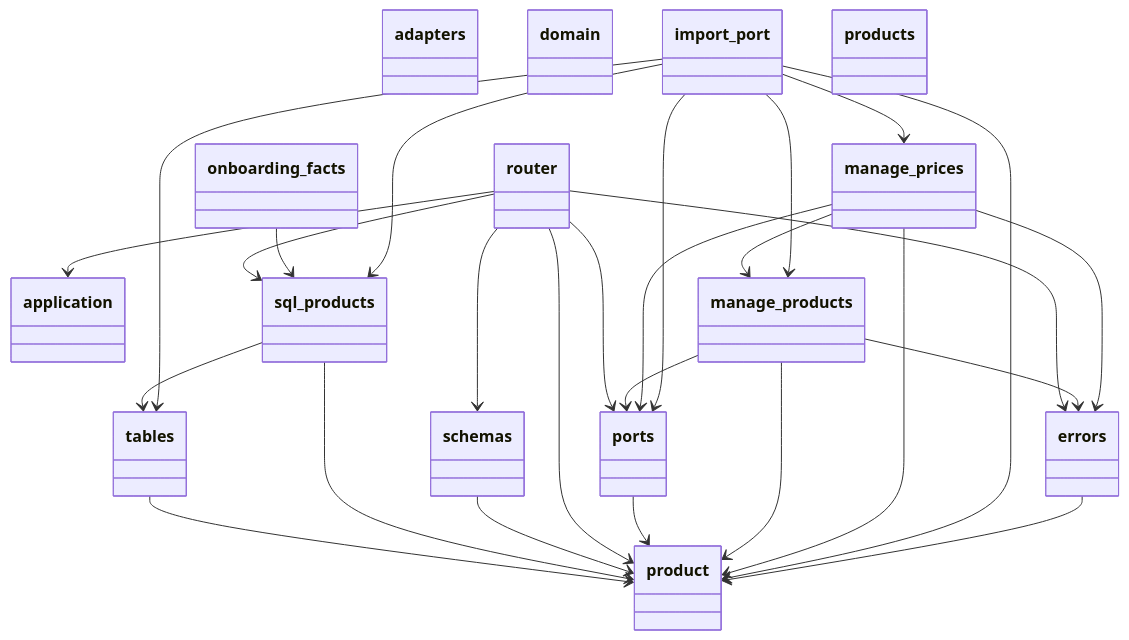
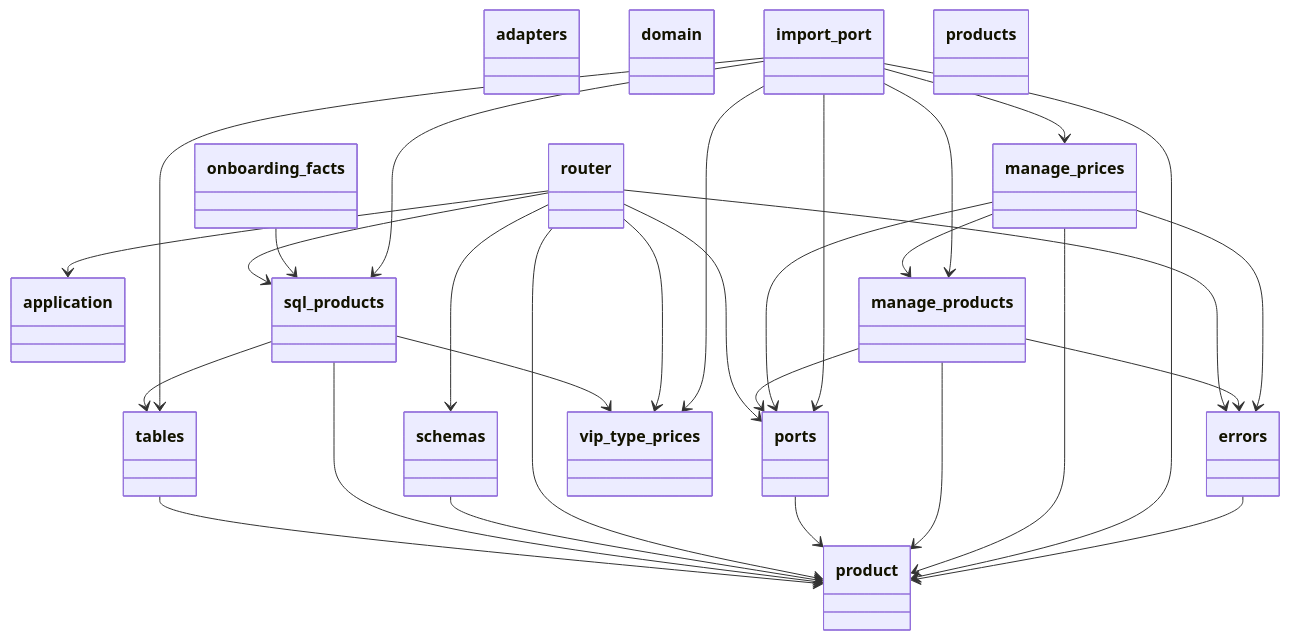
One commit to GonzaloZevallos/apostrophe changed the first of 4 diagrams in docs/architecture/generated/classes/products.md. Above: the diagram before and after it, drawn with Mermaid. The commit also changed other lines of this file and 2 other files, not shown here.

Commit message:
Regenerate API and architecture docs for the type-price fields

````diff
--- a/docs/architecture/generated/classes/products.md
+++ b/docs/architecture/generated/classes/products.md
@@ -7,59 +7,64 @@
 ```mermaid
 classDiagram
   class adapters {
   }
   class application {
   }
   class domain {
   }
   class errors {
   }
   class import_port {
   }
   class manage_prices {
   }
   class manage_products {
   }
   class onboarding_facts {
   }
   class ports {
   }
   class product {
   }
   class products {
   }
   class router {
   }
   class schemas {
   }
   class sql_products {
   }
   class tables {
   }
+  class vip_type_prices {
+  }
   errors --> product
   import_port --> manage_prices
   import_port --> manage_products
   import_port --> ports
   import_port --> product
   import_port --> sql_products
   import_port --> tables
+  import_port --> vip_type_prices
   manage_prices --> errors
   manage_prices --> manage_products
   manage_prices --> ports
   manage_prices --> product
   manage_products --> errors
   manage_products --> ports
   manage_products --> product
   onboarding_facts --> sql_products
   ports --> product
   router --> application
   router --> errors
   router --> ports
   router --> product
   router --> schemas
   router --> sql_products
+  router --> vip_type_prices
   schemas --> product
   sql_products --> product
   sql_products --> tables
+  sql_products --> vip_type_prices
   tables --> product
 ```
````
